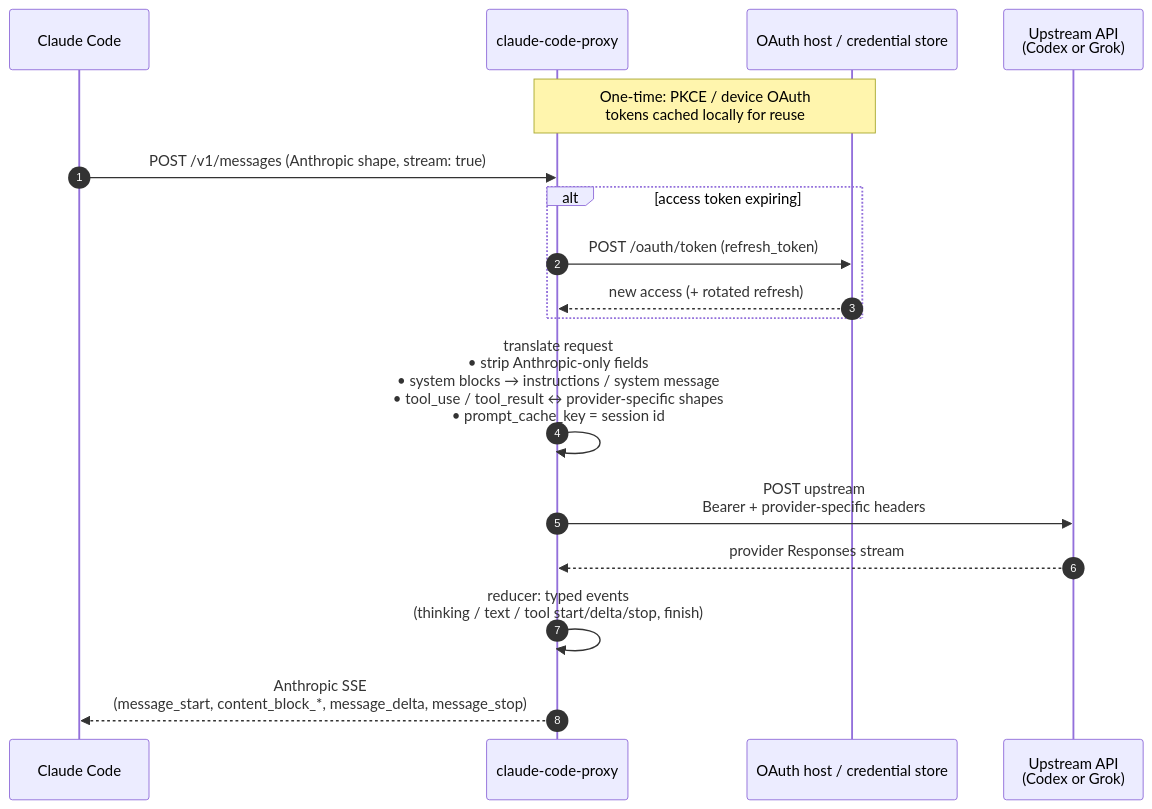
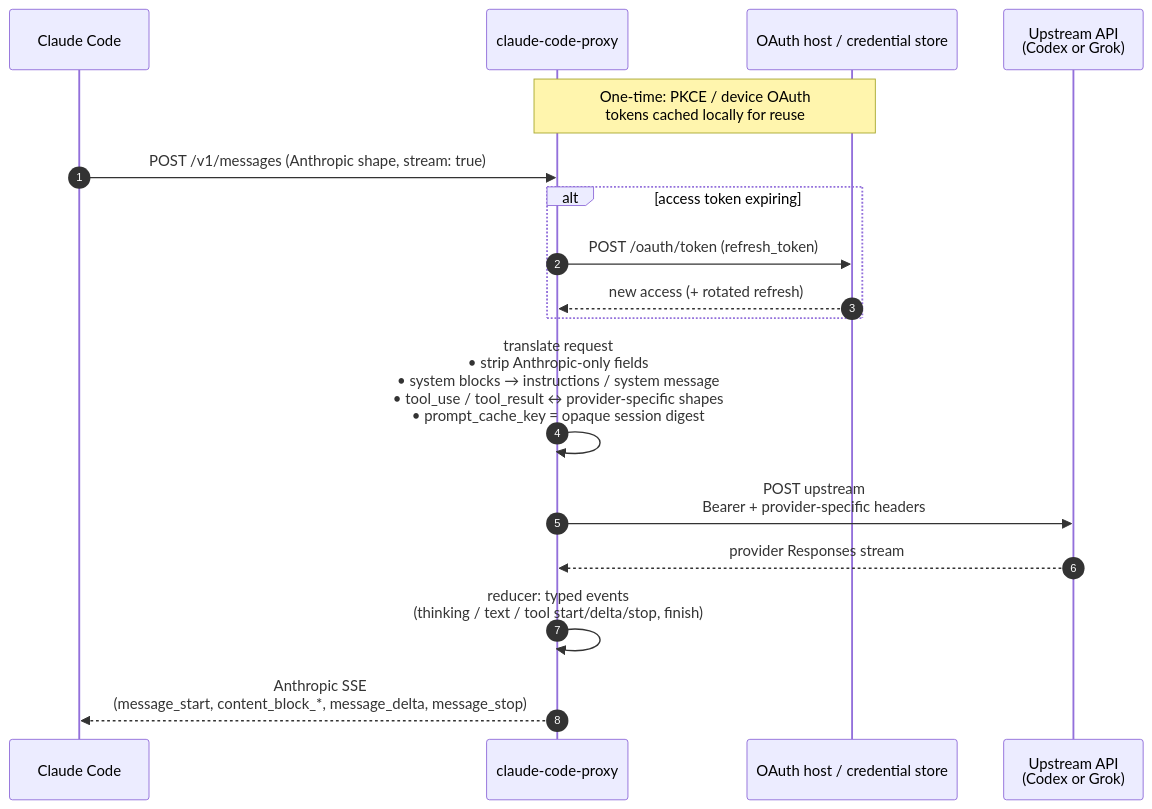
One commit to xiaodream551-a11y/claude-code-proxy changed the diagram in README.md. Above: the diagram before and after it, drawn with Mermaid. The commit also changed other lines of this file and 22 other files, not shown here.

````diff
--- a/README.md
+++ b/README.md
@@ -614,23 +623,23 @@
 ```mermaid
 sequenceDiagram
     autonumber
     participant CC as Claude Code
     participant P as claude-code-proxy
     participant AUTH as OAuth host / credential store
     participant U as Upstream API<br/>(Codex or Grok)
 
     Note over P,AUTH: One-time: PKCE / device OAuth<br/>tokens cached locally for reuse
 
     CC->>P: POST /v1/messages (Anthropic shape, stream: true)
 
     alt access token expiring
         P->>AUTH: POST /oauth/token (refresh_token)
         AUTH-->>P: new access (+ rotated refresh)
     end
 
-    P->>P: translate request<br/>• strip Anthropic-only fields<br/>• system blocks → instructions / system message<br/>• tool_use / tool_result ↔ provider-specific shapes<br/>• prompt_cache_key = session id
+    P->>P: translate request<br/>• strip Anthropic-only fields<br/>• system blocks → instructions / system message<br/>• tool_use / tool_result ↔ provider-specific shapes<br/>• prompt_cache_key = opaque session digest
     P->>U: POST upstream<br/>Bearer + provider-specific headers
     U-->>P: provider Responses stream
     P->>P: reducer: typed events<br/>(thinking / text / tool start/delta/stop, finish)
     P-->>CC: Anthropic SSE<br/>(message_start, content_block_*, message_delta, message_stop)
 ```
````
